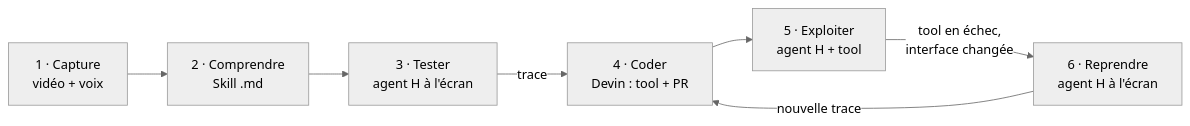
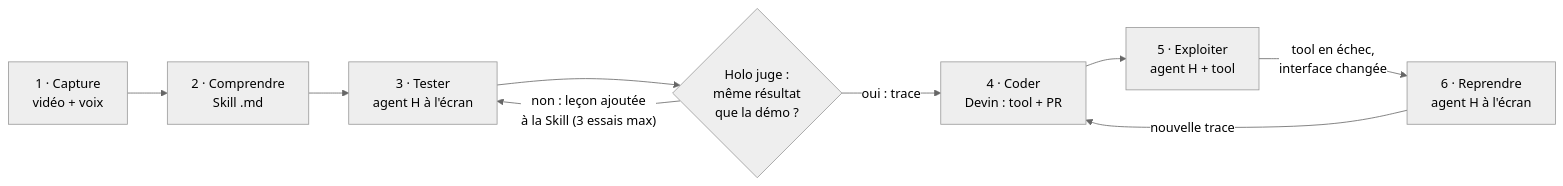
The first of 2 diagrams in smo/PLAN.md (h-hackathon/show-me-once-hackathon-h), drawn with Mermaid (neutral theme) before and after one commit. The commit also changed other lines of this file and 9 other files, not shown here.

First line of the commit message:
SMO : l'agent H essaie, Holo juge, on recommence (démo → essai → oui / non → nouvel essai ou Devin)

````diff
--- a/smo/PLAN.md
+++ b/smo/PLAN.md
@@ -9,9 +9,11 @@
 ```mermaid
 flowchart LR
     A["1 · Capture<br/>vidéo + voix"] --> B["2 · Comprendre<br/>Skill .md"]
     B --> C["3 · Tester<br/>agent H à l'écran"]
-    C -- trace --> D["4 · Coder<br/>Devin : tool + PR"]
+    C --> J{"Holo juge :<br/>même résultat<br/>que la démo ?"}
+    J -- "non : leçon ajoutée<br/>à la Skill (3 essais max)" --> C
+    J -- "oui : trace" --> D["4 · Coder<br/>Devin : tool + PR"]
     D --> E["5 · Exploiter<br/>agent H + tool"]
     E -- "tool en échec,<br/>interface changée" --> F["6 · Reprendre<br/>agent H à l'écran"]
     F -- "nouvelle trace" --> D
 ```
````
